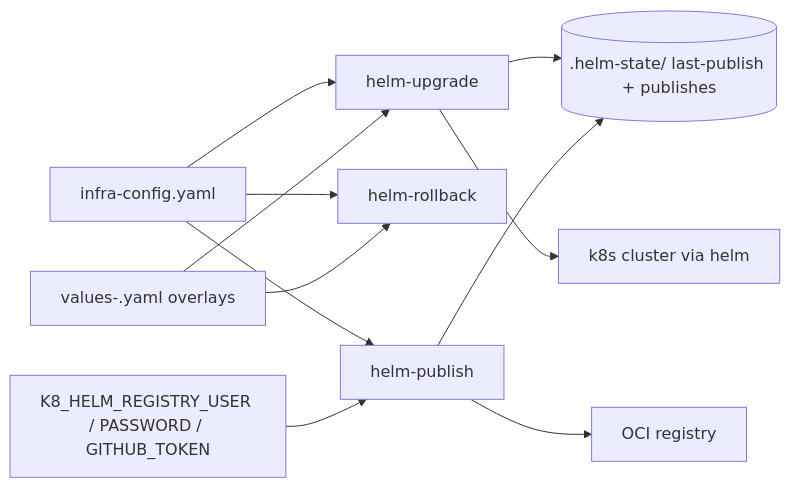
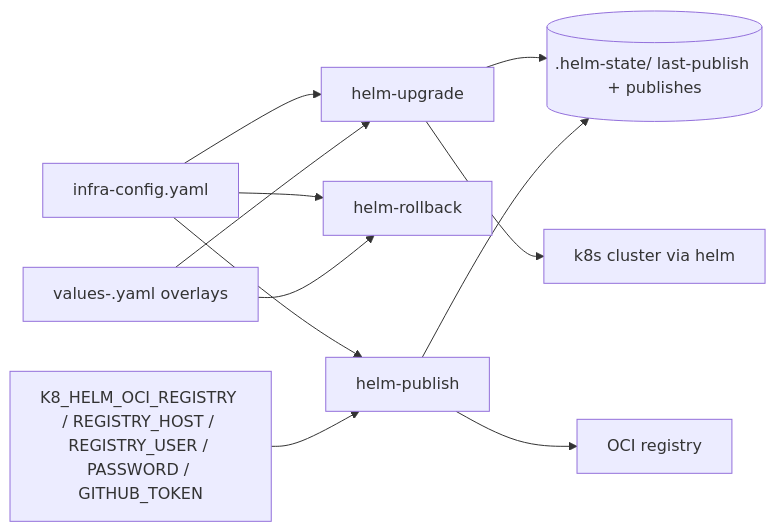
Before and after one commit to the-robot-lives/helm-tools: the diagram in docs/PROJ-SCHEMA.md, drawn with Mermaid. The commit also changed other lines of this file and 7 other files, not shown here.

Commit message:
docs: refresh layout/schema/arch + add threat model (2026-10-07 fleet sweep)

````diff
--- a/docs/PROJ-SCHEMA.md
+++ b/docs/PROJ-SCHEMA.md
@@ -116,13 +118,13 @@
 ```mermaid
 flowchart LR
     IC[infra-config.yaml] --> HU[helm-upgrade]
     IC --> HR[helm-rollback]
     IC --> HP[helm-publish]
     VO[values-<env>.yaml overlays] --> HU
     VO --> HR
-    ENV[K8_HELM_REGISTRY_USER / PASSWORD / GITHUB_TOKEN] --> HP
+    ENV[K8_HELM_OCI_REGISTRY / REGISTRY_HOST / REGISTRY_USER / PASSWORD / GITHUB_TOKEN] --> HP
     HU --> S[(.helm-state/ chart.md5)]
     HP --> S[(.helm-state/ last-publish + publishes)]
     HU --> K8[k8s cluster via helm]
     HP --> OCI[OCI registry]
 ```
````
